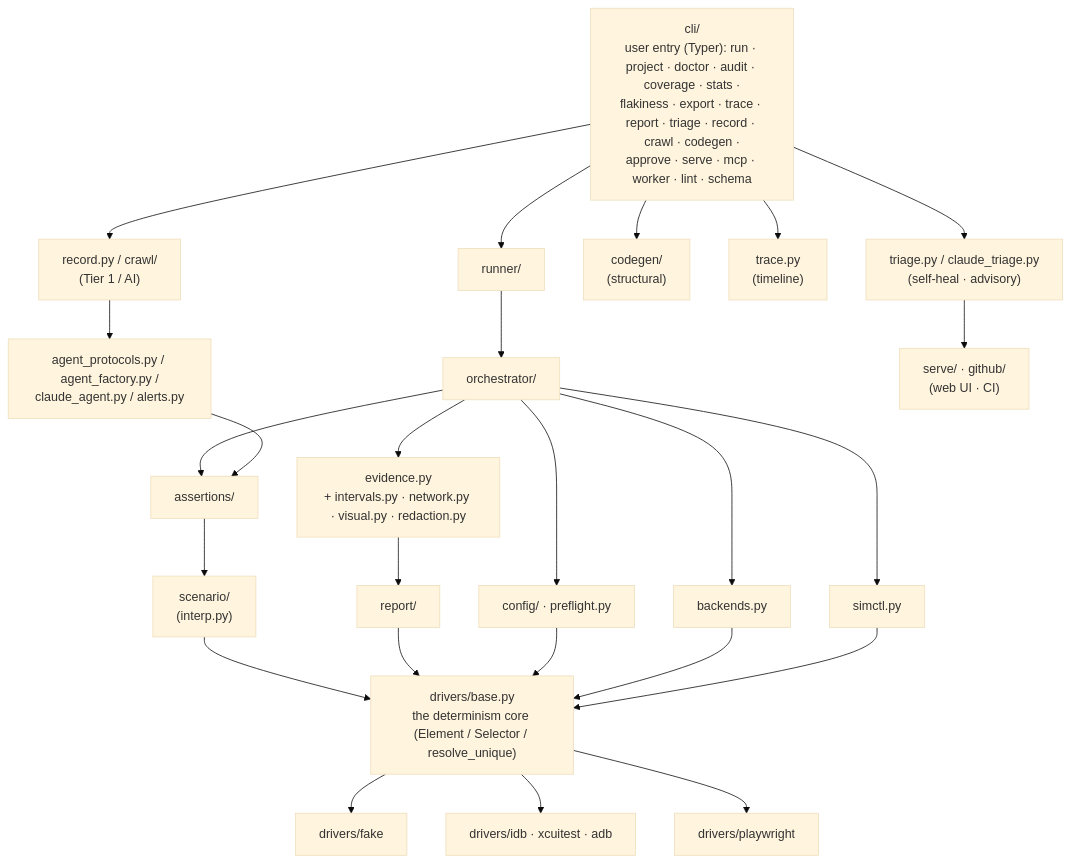
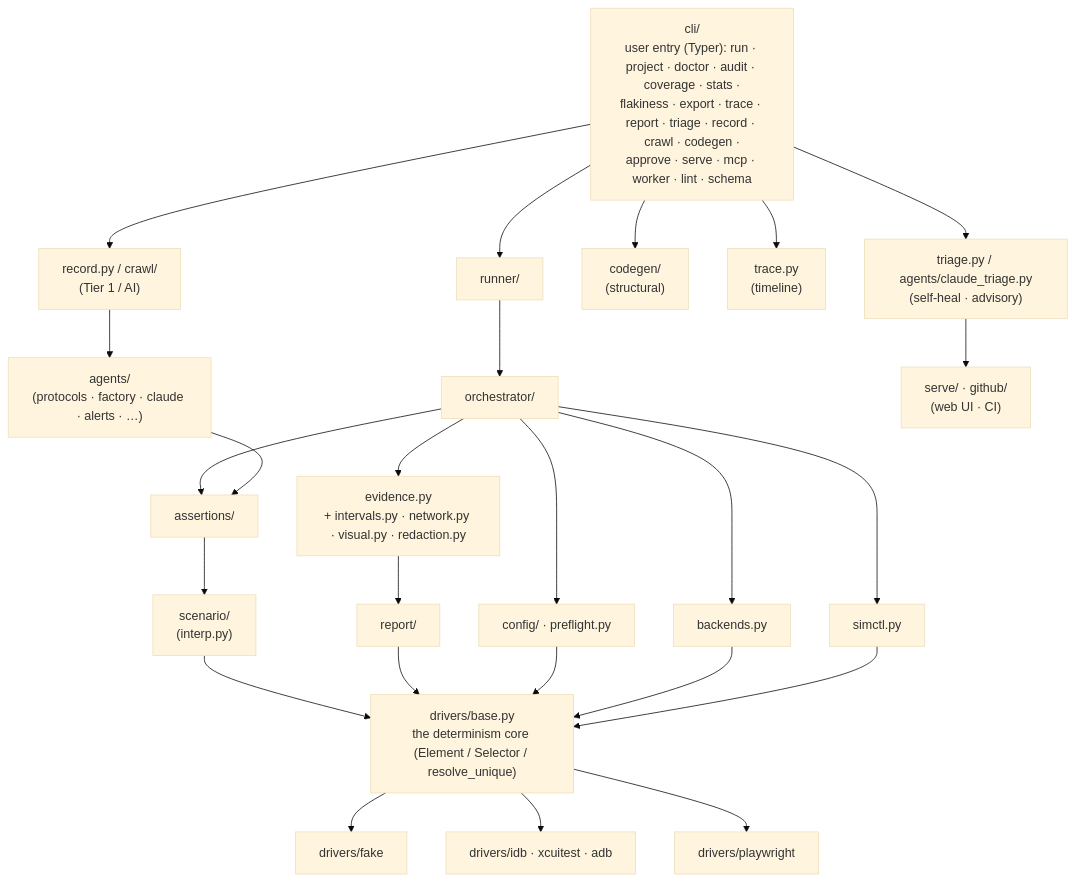
Before and after one commit to bajutsu-e2e/bajutsu: the second of 2 diagrams in docs/architecture.md, drawn with Mermaid (base theme). The commit also changed other lines of this file and 63 other files, not shown here.

First line of the commit message:
refactor(agents): package the AI/agent periphery as bajutsu/agents/ (BE-0257 stage 4)

````diff
--- a/docs/architecture.md
+++ b/docs/architecture.md
@@ -139,59 +136,59 @@
 ```mermaid
 flowchart TB
     cli["cli/<br/>user entry (Typer): run · project · doctor · audit · coverage · stats ·<br/>flakiness · export · trace · report · triage · record · crawl · codegen ·<br/>approve · serve · mcp · worker · lint · schema"]
 
     runner["runner/"]
     record["record.py / crawl/<br/>(Tier 1 / AI)"]
     codegen["codegen/<br/>(structural)"]
     trace["trace.py<br/>(timeline)"]
-    triage["triage.py / claude_triage.py<br/>(self-heal · advisory)"]
+    triage["triage.py / agents/claude_triage.py<br/>(self-heal · advisory)"]
 
     orch["orchestrator/"]
-    agentStuff["agent_protocols.py / agent_factory.py /<br/>claude_agent.py / alerts.py"]
+    agentStuff["agents/<br/>(protocols · factory · claude · alerts · …)"]
     serveGh["serve/ · github/<br/>(web UI · CI)"]
 
     assertions["assertions/"]
     evidence["evidence.py<br/>+ intervals.py · network.py · visual.py · redaction.py"]
 
     scenario["scenario/<br/>(interp.py)"]
     report["report/"]
     config["config/ · preflight.py"]
     backends["backends.py"]
     simctl["simctl.py"]
 
     base["drivers/base.py<br/>the determinism core (Element / Selector / resolve_unique)"]
 
     fake["drivers/fake"]
     ios["drivers/idb · xcuitest · adb"]
     pw["drivers/playwright"]
 
     cli --> runner
     cli --> record
     cli --> codegen
     cli --> trace
     cli --> triage
 
     runner --> orch
     record --> agentStuff
     triage --> serveGh
 
     orch --> assertions
     orch --> evidence
     agentStuff --> assertions
 
     assertions --> scenario
     evidence --> report
     orch --> config
     orch --> backends
     orch --> simctl
 
     scenario --> base
     report --> base
     config --> base
     backends --> base
     simctl --> base
 
     base --> fake
     base --> ios
     base --> pw
 ```
````
